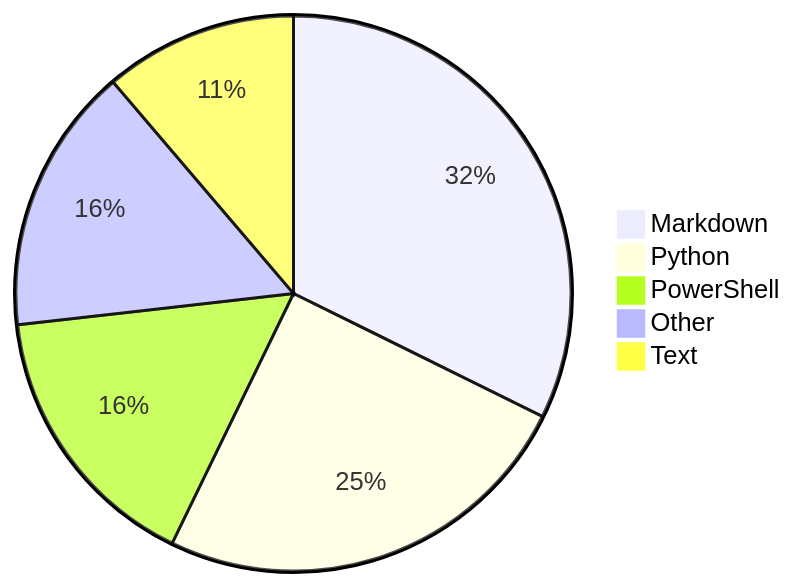
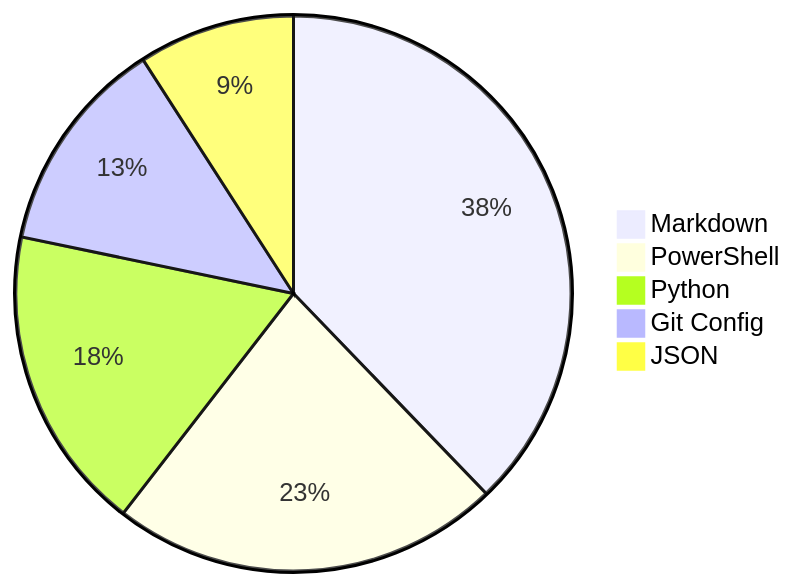
Before and after one commit to Alicia111/alicia111: the diagram in README.md, drawn with Mermaid.

Commit message:
Update WakaTime stats (・ω・)b

````diff
--- a/README.md
+++ b/README.md
@@ -32,8 +32,8 @@
 ```mermaid
 pie
-    "Markdown" : 27.76
-    "Python" : 21.39
-    "PowerShell" : 13.75
-    "Other" : 13.37
-    "Text" : 9.66
+    "Markdown" : 34.26
+    "PowerShell" : 20.57
+    "Python" : 16.11
+    "Git Config" : 11.45
+    "JSON" : 8.25
 ```
````
